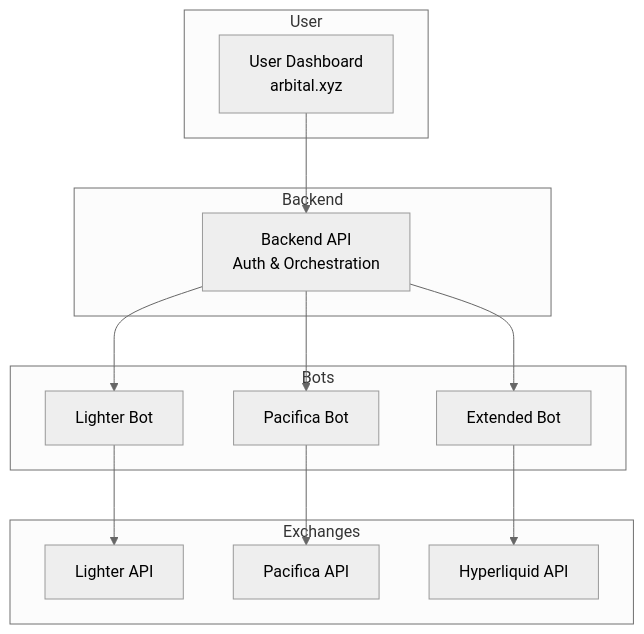
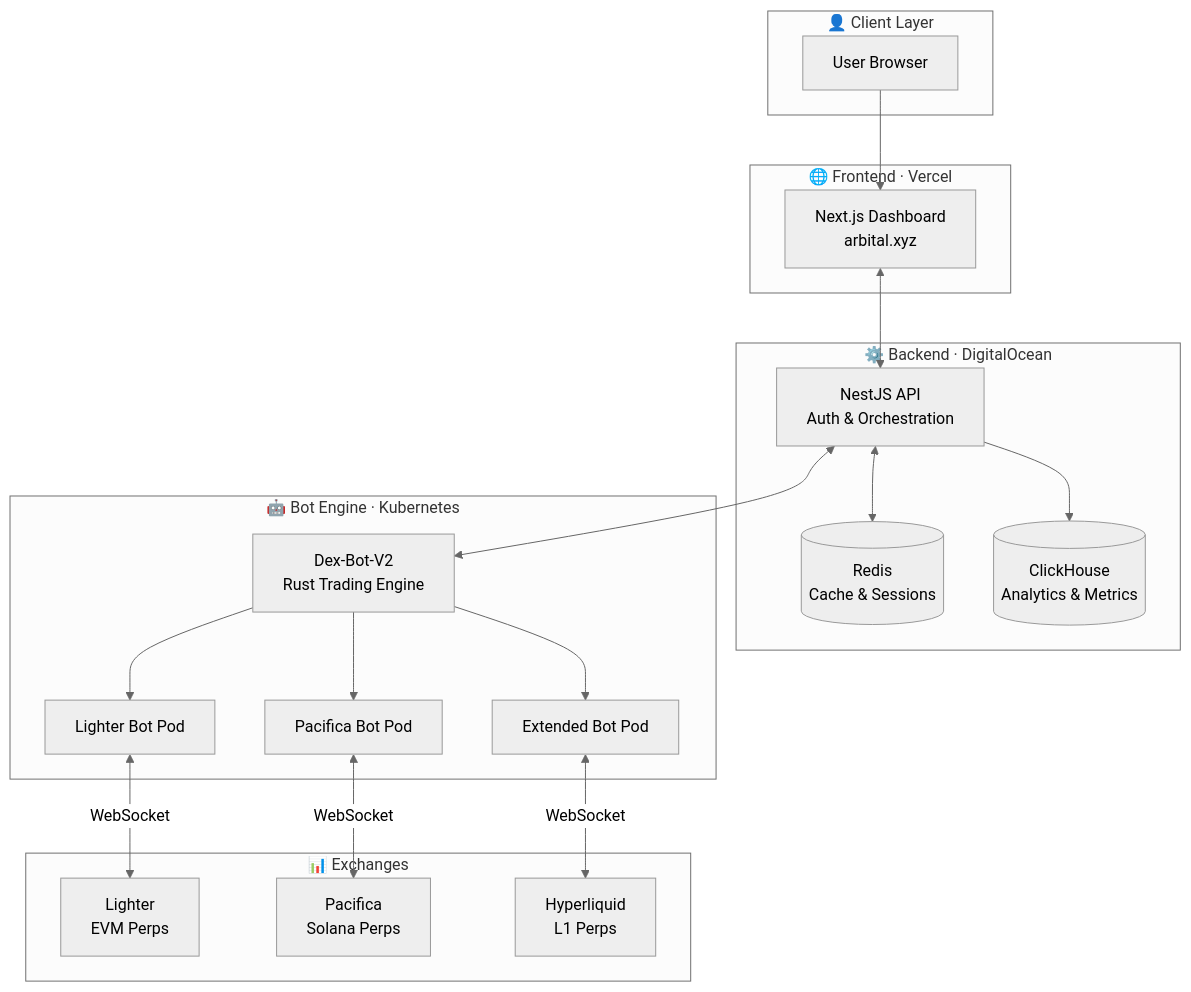
One commit to VOT-Labs/arbital-docs changed the fourth of 5 diagrams in overview/how-it-works.md. Above: the diagram before and after it, drawn with Mermaid (neutral theme). The commit also changed other lines of this file, not shown here.

Commit message:
docs: add comprehensive architecture diagram
Enhanced Architecture Overview section with:
- Full tech stack visualization (Frontend/Backend/Bot Engine/Exchanges)
- Technology labels (Next.js, NestJS, Rust, ClickHouse, Redis)
- Infrastructure indicators (Vercel, K8s, DigitalOcean)
- WebSocket connections to exchanges
- Component breakdown table
- Data flow explanation

Uses Mermaid flowchart with subgraphs and emoji labels.

Closes #31

````diff
--- a/overview/how-it-works.md
+++ b/overview/how-it-works.md
@@ -93,30 +95,39 @@
 ```mermaid
 flowchart TB
-    subgraph User
-        A[User Dashboard<br/>arbital.xyz]
+    subgraph Client["👤 Client Layer"]
+        U[User Browser]
     end
 
-    subgraph Backend
-        B[Backend API<br/>Auth & Orchestration]
+    subgraph Frontend["🌐 Frontend · Vercel"]
+        FE[Next.js Dashboard<br/>arbital.xyz]
     end
 
-    subgraph Bots
-        C1[Lighter Bot]
-        C2[Pacifica Bot]
-        C3[Extended Bot]
+    subgraph Backend["⚙️ Backend · DigitalOcean"]
+        API[NestJS API<br/>Auth & Orchestration]
+        REDIS[(Redis<br/>Cache & Sessions)]
+        CH[(ClickHouse<br/>Analytics & Metrics)]
     end
 
-    subgraph Exchanges
-        D1[Lighter API]
-        D2[Pacifica API]
-        D3[Hyperliquid API]
+    subgraph BotEngine["🤖 Bot Engine · Kubernetes"]
+        BOT[Dex-Bot-V2<br/>Rust Trading Engine]
+        B1[Lighter Bot Pod]
+        B2[Pacifica Bot Pod]
+        B3[Extended Bot Pod]
     end
 
-    A --> B
-    B --> C1
-    B --> C2
-    B --> C3
-    C1 --> D1
-    C2 --> D2
-    C3 --> D3
+    subgraph DEX["📊 Exchanges"]
+        E1[Lighter<br/>EVM Perps]
+        E2[Pacifica<br/>Solana Perps]
+        E3[Hyperliquid<br/>L1 Perps]
+    end
+
+    U --> FE
+    FE <--> API
+    API <--> REDIS
+    API --> CH
+    API <--> BOT
+    BOT --> B1 & B2 & B3
+    B1 <-->|WebSocket| E1
+    B2 <-->|WebSocket| E2
+    B3 <-->|WebSocket| E3
 ```
````
